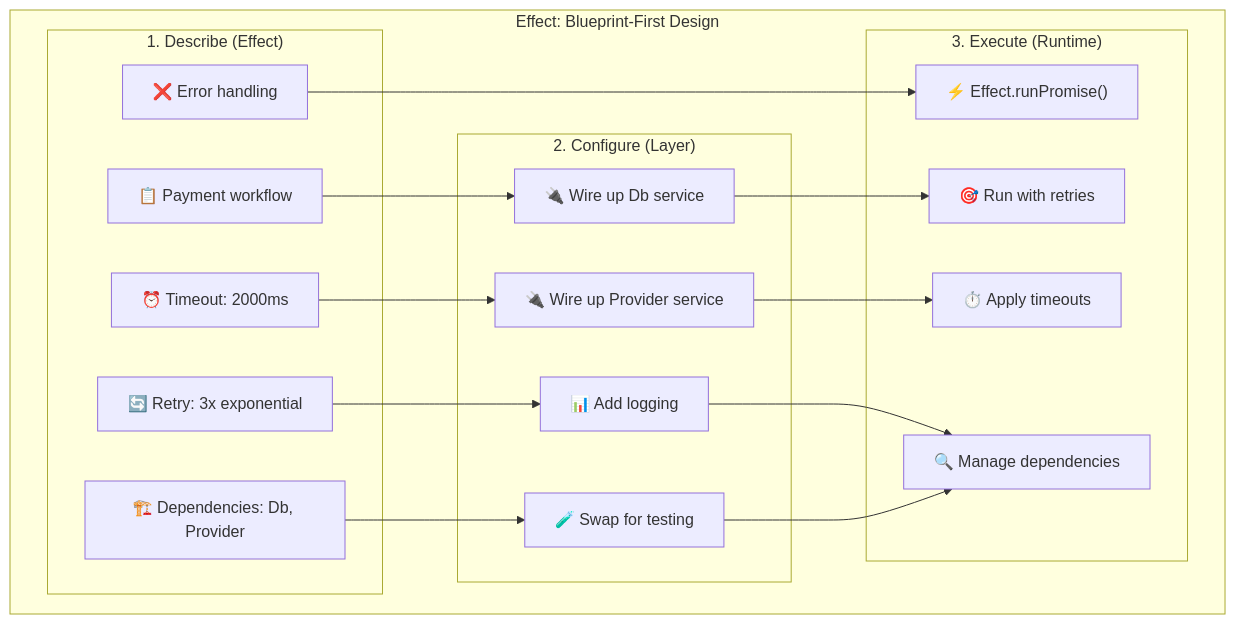
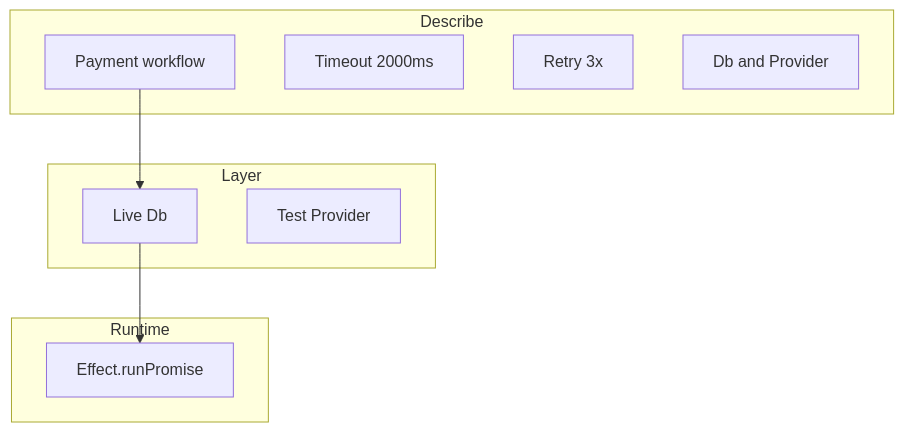
The fifth of 6 diagrams in README.md (jagreehal/trycatch-vs-neverthrow-vs-effect), drawn with Mermaid before and after one commit. The commit also changed other lines of this file and 15 other files, not shown here.

````diff
--- a/README.md
+++ b/README.md
@@ -459,37 +282,21 @@
 ```mermaid
 flowchart TD
-    subgraph "Effect: Blueprint-First Design"
-        subgraph "1. Describe (Effect)"
-            B1["📋 Payment workflow"]
-            B2["⏰ Timeout: 2000ms"]
-            B3["🔄 Retry: 3x exponential"]
-            B4["🏗️ Dependencies: Db, Provider"]
-            B5["❌ Error handling"]
-        end
+    subgraph describe [Describe]
+        B1[Payment workflow]
+        B2[Timeout 2000ms]
+        B3[Retry 3x]
+        B4[Db and Provider]
+    end
 
-        subgraph "2. Configure (Layer)"
-            L1["🔌 Wire up Db service"]
-            L2["🔌 Wire up Provider service"]
-            L3["📊 Add logging"]
-            L4["🧪 Swap for testing"]
-        end
+    subgraph configure [Layer]
+        L1[Live Db]
+        L2[Test Provider]
+    end
 
-        subgraph "3. Execute (Runtime)"
-            R1["⚡ Effect.runPromise()"]
-            R2["🎯 Run with retries"]
-            R3["⏱️ Apply timeouts"]
-            R4["🔍 Manage dependencies"]
-        end
+    subgraph execute [Runtime]
+        R1[Effect.runPromise]
+    end
 
-        B1 --> L1
-        B2 --> L2
-        B3 --> L3
-        B4 --> L4
-        B5 --> R1
-
-        L1 --> R2
-        L2 --> R3
-        L3 --> R4
-        L4 --> R4
-    end
+    B1 --> L1
+    L1 --> R1
 ```
````
